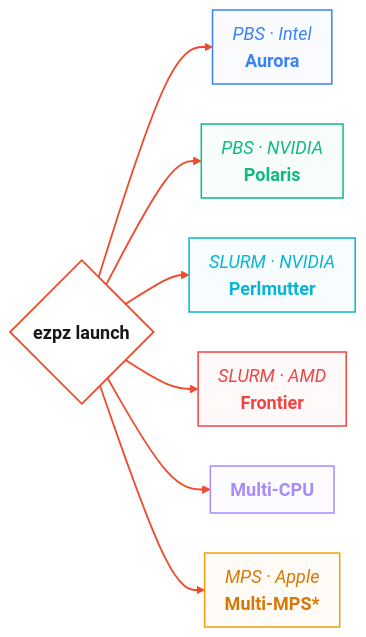
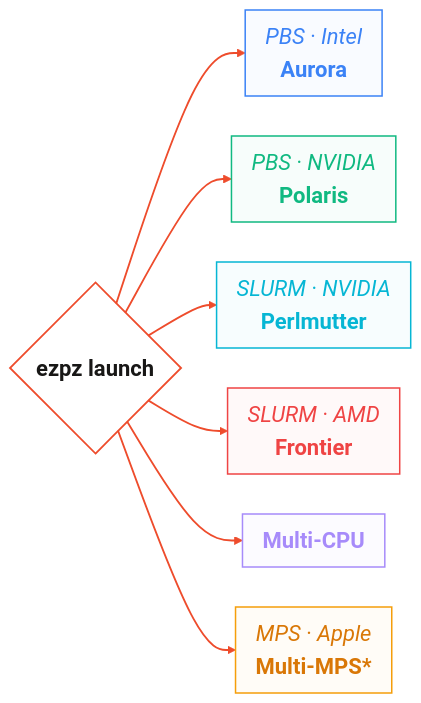
The fourth of 7 diagrams in web/src/pages/talks/2026/10/21/index.mdx (saforem2/samf.sh), drawn with Mermaid before and after one commit. The commit also changed other lines of this file and 1 other file, not shown here.

````diff
--- a/web/src/pages/talks/2026/10/21/index.mdx
+++ b/web/src/pages/talks/2026/10/21/index.mdx
@@ -332,27 +330,27 @@
 ```mermaid
-%%{init: {'themeVariables': {'fontSize': '18px'}, 'flowchart': {'nodeSpacing': 40, 'rankSpacing': 36, 'padding': 10}}}%%
+%%{init: {'themeVariables': {'fontSize': '22px'}, 'flowchart': {'nodeSpacing': 40, 'rankSpacing': 36, 'padding': 10}}}%%
 flowchart LR
     EZ{"<span style='font-weight:700'>ezpz launch</span>"}
     EZ --> AURORA["<i>PBS · Intel</i><br/><span style='font-weight:700'>Aurora</span>"]
     EZ --> POLARIS["<i>PBS · NVIDIA</i><br/><span style='font-weight:700'>Polaris</span>"]
     EZ --> PM["<i>SLURM · NVIDIA</i><br/><span style='font-weight:700'>Perlmutter</span>"]
     EZ --> FRONTIER["<i>SLURM · AMD</i><br/><span style='font-weight:700'>Frontier</span>"]
     EZ --> MAC["<span style='font-weight:700'>Multi-CPU</span>"]
     EZ --> MPS["<i>MPS · Apple</i><br/><span style='font-weight:700'>Multi-MPS*</span>"]
 
     classDef hub        fill:none,stroke:#ee4c2c,color:#181716,stroke-width:1.8px
     linkStyle default stroke:#ee4c2c,stroke-width:1.8px
     classDef aurora     fill:#3b82f608,stroke:#3b82f6,color:#3b82f6,stroke-width:1.5px
     classDef polaris    fill:#10b98108,stroke:#10b981,color:#10b981,stroke-width:1.5px
     classDef perlmutter fill:#06b6d408,stroke:#06b6d4,color:#06b6d4,stroke-width:1.5px
     classDef frontier   fill:#ef444408,stroke:#ef4444,color:#ef4444,stroke-width:1.5px
     classDef mac        fill:#a78bfa08,stroke:#a78bfa,color:#a78bfa,stroke-width:1.5px
     classDef mps        fill:#f59e0b08,stroke:#f59e0b,color:#d97706,stroke-width:1.5px
     class EZ hub
     class AURORA aurora
     class POLARIS polaris
     class PM perlmutter
     class FRONTIER frontier
     class MAC mac
     class MPS mps
 ```
````
